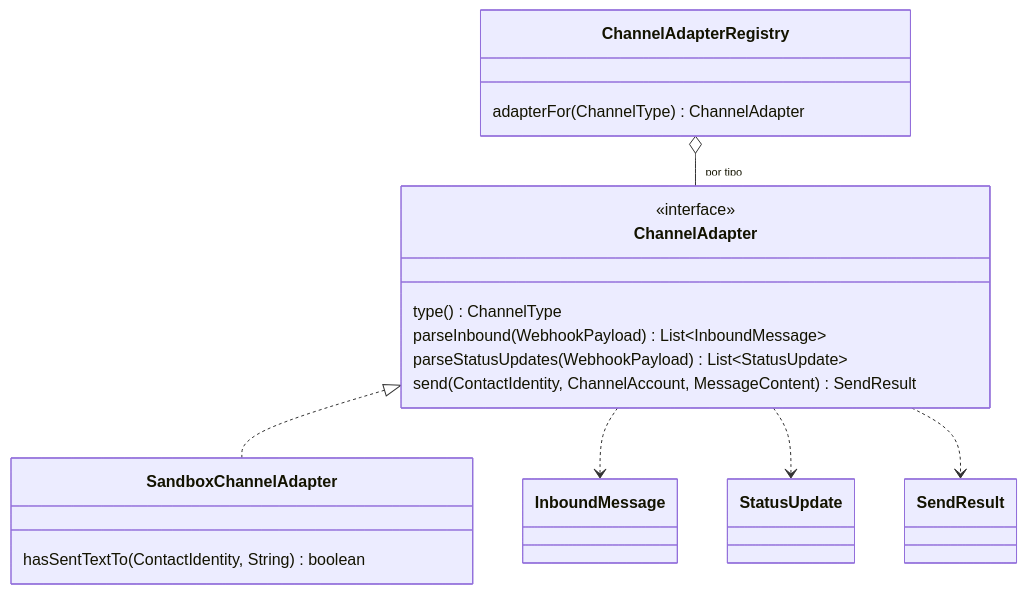
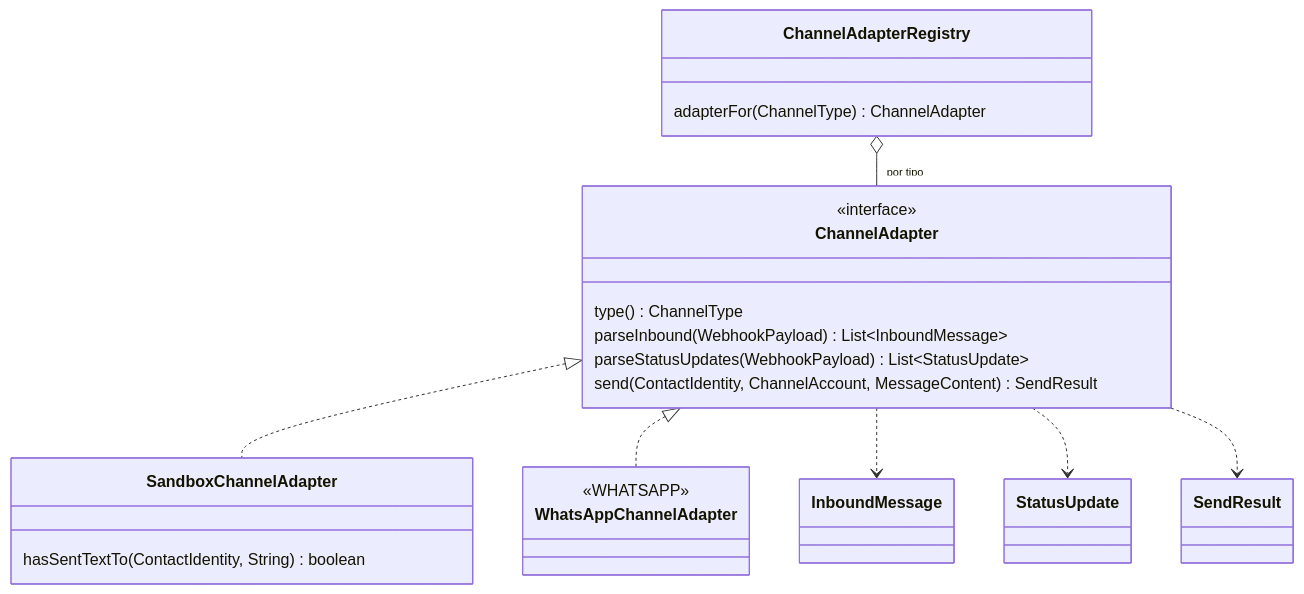
One commit to zapmaxvevo/communicator-one changed the third of 7 diagrams in docs/canales.md. Above: the diagram before and after it, drawn with Mermaid. The commit also changed other lines of this file and 3 other files, not shown here.

Commit message:
Documentar el adaptador de WhatsApp y anotar P-052 y P-053

````diff
--- a/docs/canales.md
+++ b/docs/canales.md
@@ -421,21 +442,25 @@
 ```mermaid
 classDiagram
     class ChannelAdapter {
         <<interface>>
         type() ChannelType
         parseInbound(WebhookPayload) List~InboundMessage~
         parseStatusUpdates(WebhookPayload) List~StatusUpdate~
         send(ContactIdentity, ChannelAccount, MessageContent) SendResult
     }
     class ChannelAdapterRegistry {
         adapterFor(ChannelType) ChannelAdapter
     }
     class SandboxChannelAdapter {
         hasSentTextTo(ContactIdentity, String) boolean
     }
+    class WhatsAppChannelAdapter {
+        <<WHATSAPP>>
+    }
     ChannelAdapterRegistry o-- "por tipo" ChannelAdapter
     ChannelAdapter <|.. SandboxChannelAdapter
+    ChannelAdapter <|.. WhatsAppChannelAdapter
     ChannelAdapter ..> InboundMessage
     ChannelAdapter ..> StatusUpdate
     ChannelAdapter ..> SendResult
 ```
````
